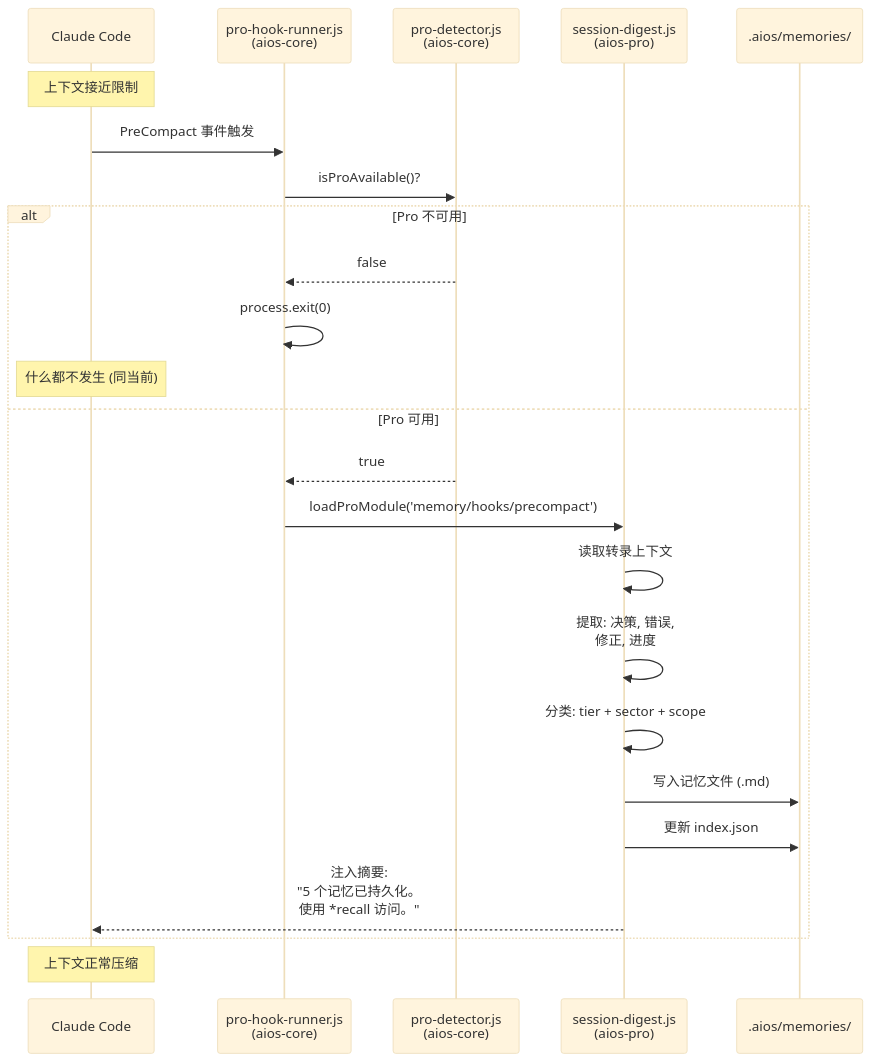
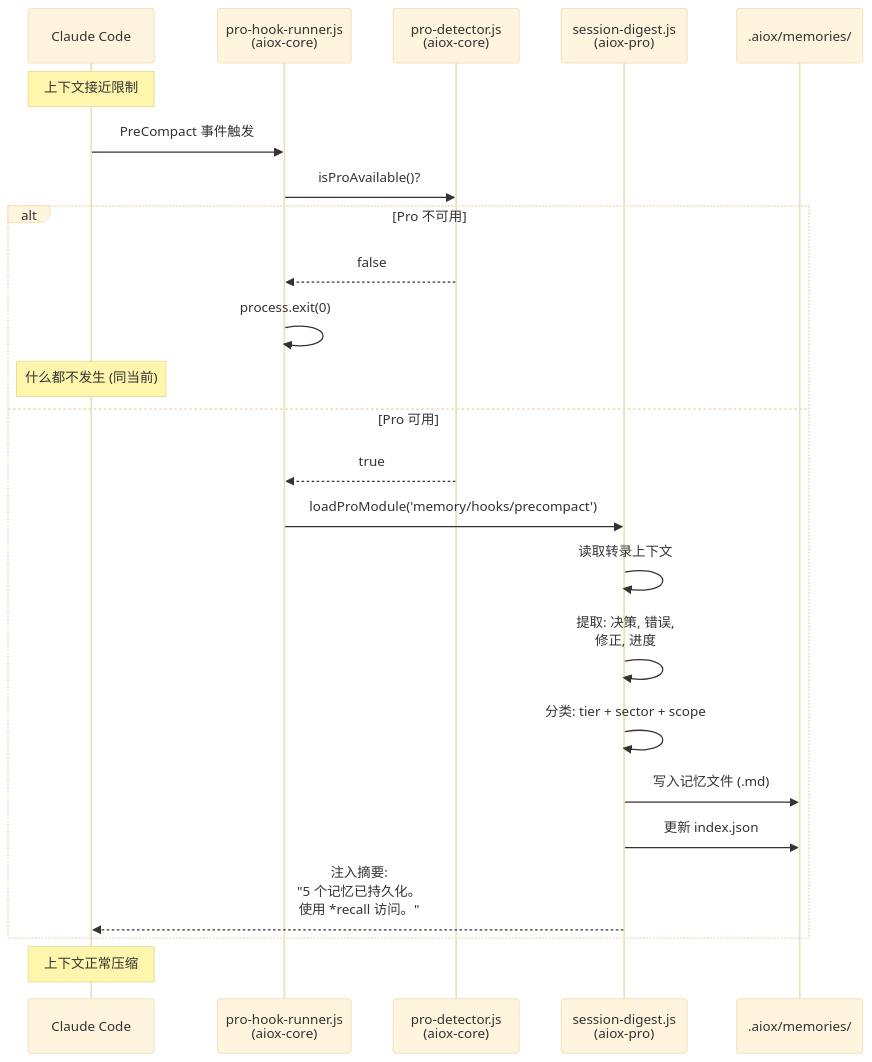
One commit to brunajunckes/aiox-core changed the ninth of 11 diagrams in docs/zh/guides/MEMORY-INTELLIGENCE-SYSTEM.md. Above: the diagram before and after it, drawn with Mermaid (base theme). The commit also changed other lines of this file and 3396 other files, not shown here.

First line of the commit message:
chore: rebrand aios → aiox across entire codebase (#552)

````diff
--- a/docs/zh/guides/MEMORY-INTELLIGENCE-SYSTEM.md
+++ b/docs/zh/guides/MEMORY-INTELLIGENCE-SYSTEM.md
@@ -677,31 +677,31 @@
 ```mermaid
 sequenceDiagram
     participant CC as Claude Code
-    participant HR as pro-hook-runner.js<br/>(aios-core)
-    participant PD as pro-detector.js<br/>(aios-core)
-    participant SD as session-digest.js<br/>(aios-pro)
-    participant FS as .aios/memories/
+    participant HR as pro-hook-runner.js<br/>(aiox-core)
+    participant PD as pro-detector.js<br/>(aiox-core)
+    participant SD as session-digest.js<br/>(aiox-pro)
+    participant FS as .aiox/memories/
 
     Note over CC: 上下文接近限制
 
     CC->>HR: PreCompact 事件触发
     HR->>PD: isProAvailable()?
 
     alt Pro 不可用
         PD-->>HR: false
         HR->>HR: process.exit(0)
         Note over CC: 什么都不发生 (同当前)
     else Pro 可用
         PD-->>HR: true
         HR->>SD: loadProModule('memory/hooks/precompact')
 
         SD->>SD: 读取转录上下文
         SD->>SD: 提取: 决策, 错误,<br/>修正, 进度
         SD->>SD: 分类: tier + sector + scope
         SD->>FS: 写入记忆文件 (.md)
         SD->>FS: 更新 index.json
         SD-->>CC: 注入摘要:<br/>"5 个记忆已持久化。<br/>使用 *recall 访问。"
     end
 
     Note over CC: 上下文正常压缩
 ```
````
